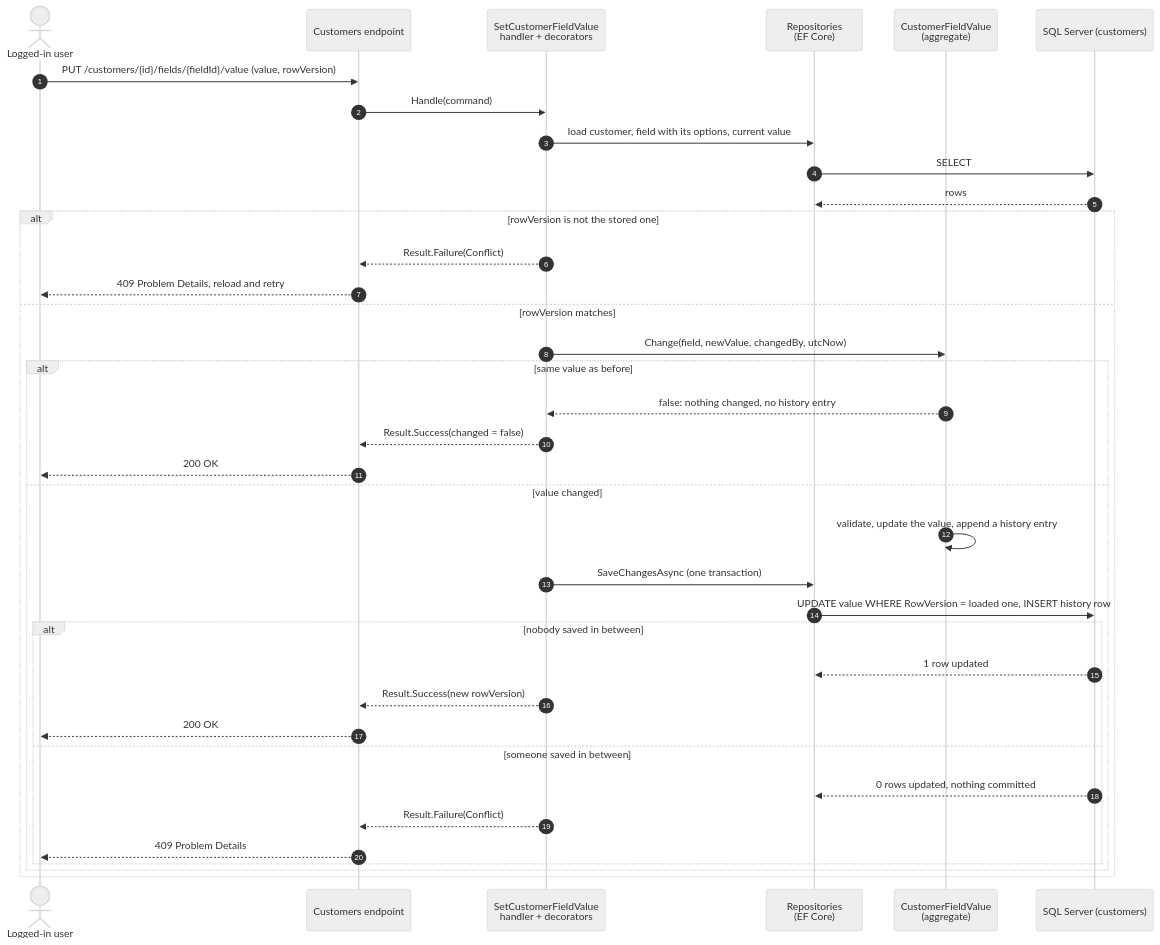
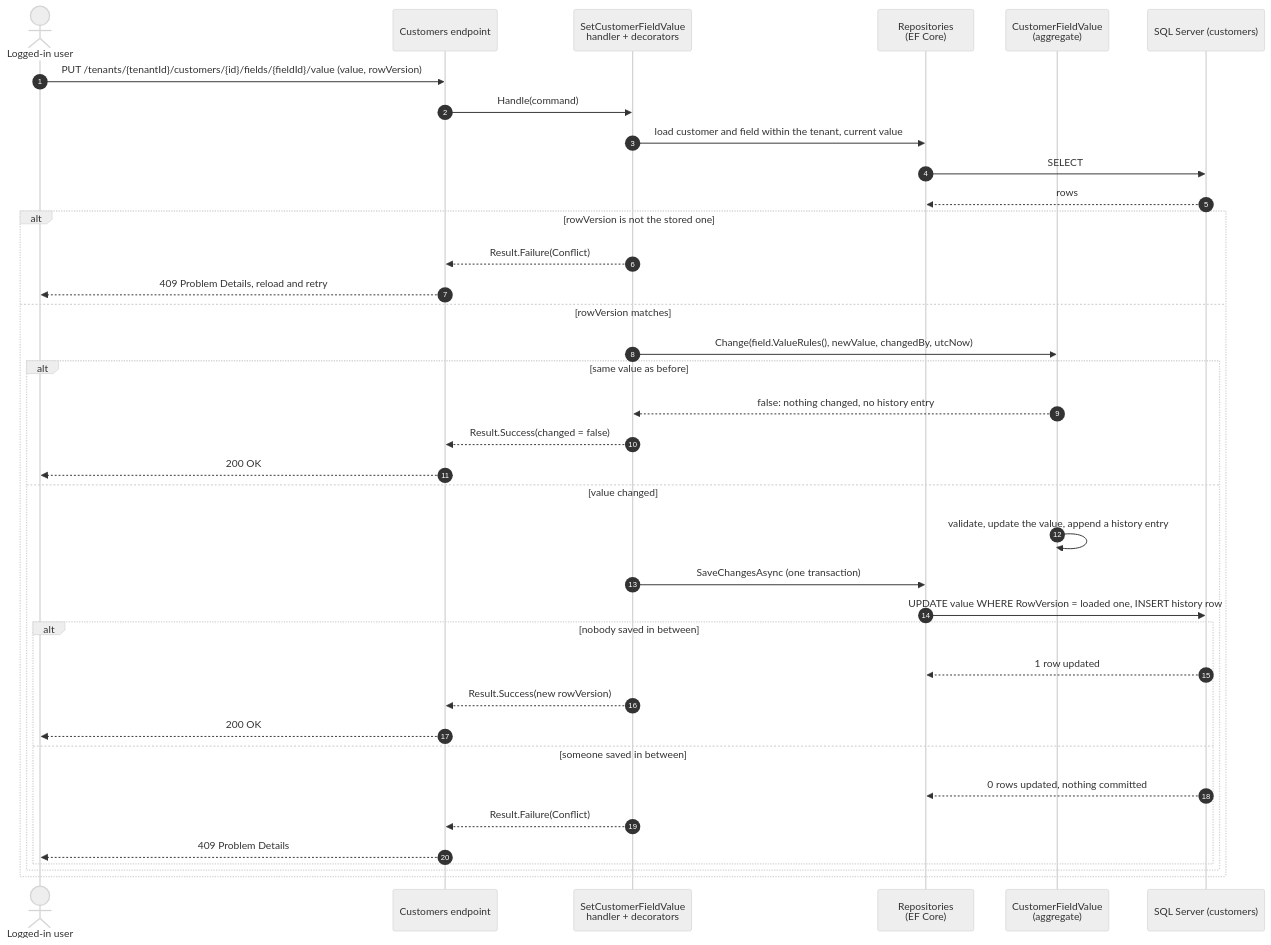
The third of 5 diagrams in diagrams/module-communication.md (KSoul777/SubscriptionCommerce), drawn with Mermaid (neutral theme) before and after one commit. The commit also changed other lines of this file and 3 other files, not shown here.

Commit message:
Update README and diagrams for the review changes

````diff
--- a/diagrams/module-communication.md
+++ b/diagrams/module-communication.md
@@ -96,41 +97,41 @@
 ```mermaid
 sequenceDiagram
     autonumber
     actor User as Logged-in user
     participant EP as Customers endpoint
     participant H as SetCustomerFieldValue<br/>handler + decorators
     participant R as Repositories<br/>(EF Core)
     participant A as CustomerFieldValue<br/>(aggregate)
     participant DB as SQL Server (customers)
 
-    User->>EP: PUT /customers/{id}/fields/{fieldId}/value (value, rowVersion)
+    User->>EP: PUT /tenants/{tenantId}/customers/{id}/fields/{fieldId}/value (value, rowVersion)
     EP->>H: Handle(command)
-    H->>R: load customer, field with its options, current value
+    H->>R: load customer and field within the tenant, current value
     R->>DB: SELECT
     DB-->>R: rows
 
     alt rowVersion is not the stored one
         H-->>EP: Result.Failure(Conflict)
         EP-->>User: 409 Problem Details, reload and retry
     else rowVersion matches
-        H->>A: Change(field, newValue, changedBy, utcNow)
+        H->>A: Change(field.ValueRules(), newValue, changedBy, utcNow)
         alt same value as before
             A-->>H: false: nothing changed, no history entry
             H-->>EP: Result.Success(changed = false)
             EP-->>User: 200 OK
         else value changed
             A->>A: validate, update the value, append a history entry
             H->>R: SaveChangesAsync (one transaction)
             R->>DB: UPDATE value WHERE RowVersion = loaded one, INSERT history row
             alt nobody saved in between
                 DB-->>R: 1 row updated
                 H-->>EP: Result.Success(new rowVersion)
                 EP-->>User: 200 OK
             else someone saved in between
                 DB-->>R: 0 rows updated, nothing committed
                 H-->>EP: Result.Failure(Conflict)
                 EP-->>User: 409 Problem Details
             end
         end
     end
 ```
````
